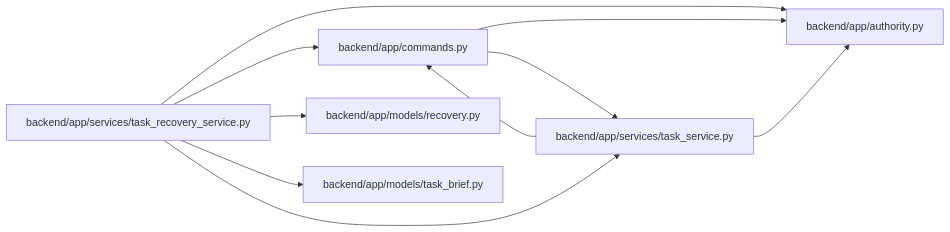
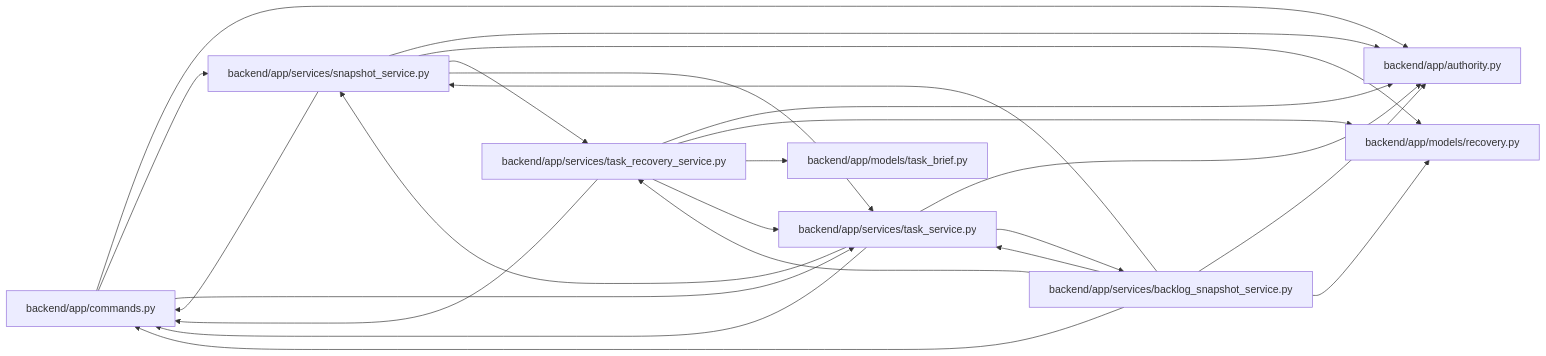
Before and after one commit to Denissvgn/WorkChord: the diagram in docs/llm_wiki/modules/task_recovery_service.md, drawn with Mermaid. The commit also changed other lines of this file and 25171 other files, not shown here.

````diff
--- a/docs/llm_wiki/modules/task_recovery_service.md
+++ b/docs/llm_wiki/modules/task_recovery_service.md
@@ -25,24 +25,42 @@
 ```mermaid
 flowchart LR
     n0["backend/app/authority.py"]
     n1["backend/app/commands.py"]
     n2["backend/app/models/recovery.py"]
     n3["backend/app/models/task_brief.py"]
-    n4["backend/app/services/task_recovery_service.py"]
-    n5["backend/app/services/task_service.py"]
+    n4["backend/app/services/backlog_snapshot_service.py"]
+    n5["backend/app/services/snapshot_service.py"]
+    n6["backend/app/services/task_recovery_service.py"]
+    n7["backend/app/services/task_service.py"]
     n1 --> n0
     n1 --> n5
+    n1 --> n7
     n4 --> n0
     n4 --> n1
     n4 --> n2
-    n4 --> n3
     n4 --> n5
+    n4 --> n6
+    n4 --> n7
     n5 --> n0
     n5 --> n1
+    n5 --> n2
+    n5 --> n6
+    n5 --> n7
+    n6 --> n0
+    n6 --> n1
+    n6 --> n2
+    n6 --> n3
+    n6 --> n7
+    n7 --> n0
+    n7 --> n1
+    n7 --> n4
+    n7 --> n5
     click n0 "../modules/authority.md"
     click n1 "../modules/commands.md"
     click n2 "../modules/recovery.md"
     click n3 "../modules/models_task_brief.md"
-    click n4 "../modules/task_recovery_service.md"
-    click n5 "../modules/task_service.md"
+    click n4 "../modules/backlog_snapshot_service.md"
+    click n5 "../modules/snapshot_service.md"
+    click n6 "../modules/task_recovery_service.md"
+    click n7 "../modules/task_service.md"
 ```
````
